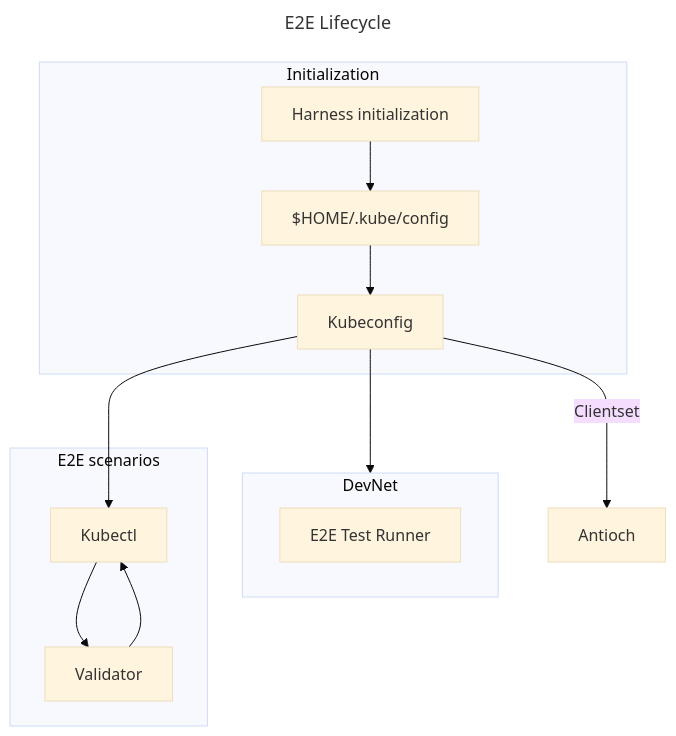
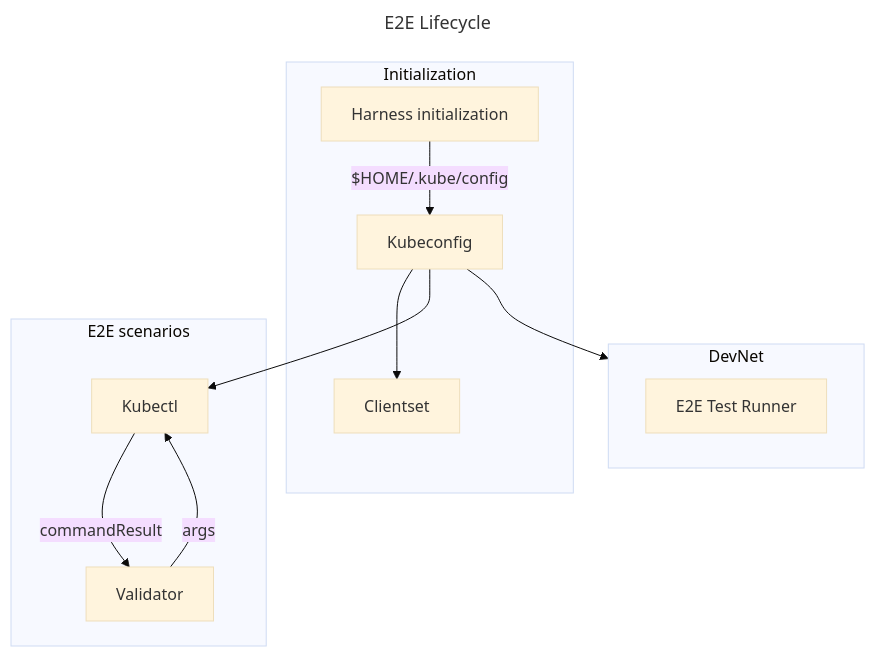
Before and after one commit to pokt-network/pocket: the diagram in e2e/README.md, drawn with Mermaid (base theme). The commit also changed other lines of this file and 8 other files, not shown here.

First line of the commit message:
[E2E] adds test for Send command

````diff
--- a/e2e/README.md
+++ b/e2e/README.md
@@ -54,19 +54,19 @@
 ```mermaid
 ---
 title: E2E Lifecycle
 ---
 flowchart TD
     subgraph Init [Initialization]
-        Harness[Harness initialization] --> Config[$HOME/.kube/config] --> Kubeconfig
+        Harness[Harness initialization] --$HOME/.kube/config--> Kubeconfig
+        Kubeconfig --> Clientset
     end
-        Kubeconfig -- Clientset --> Antioch 
         Kubeconfig --> Kubectl
         Kubeconfig --> DevNet
-        subgraph DevNet [DevNet]
-            Runner[E2E Test Runner]
-        end
     subgraph E2E [E2E scenarios]
-        Kubectl --> Validator
-        Validator --> Kubectl
+        Kubectl -- commandResult --> Validator
+        Validator -- args --> Kubectl
+    end
+    subgraph DevNet [DevNet]
+        Runner[E2E Test Runner]
     end
 ```
````
